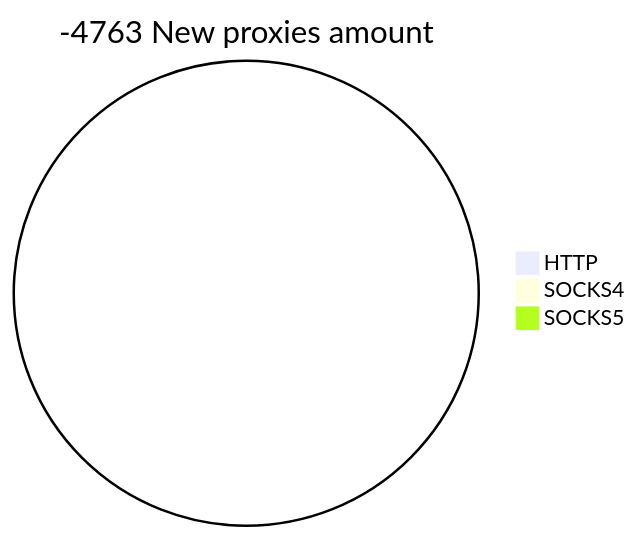
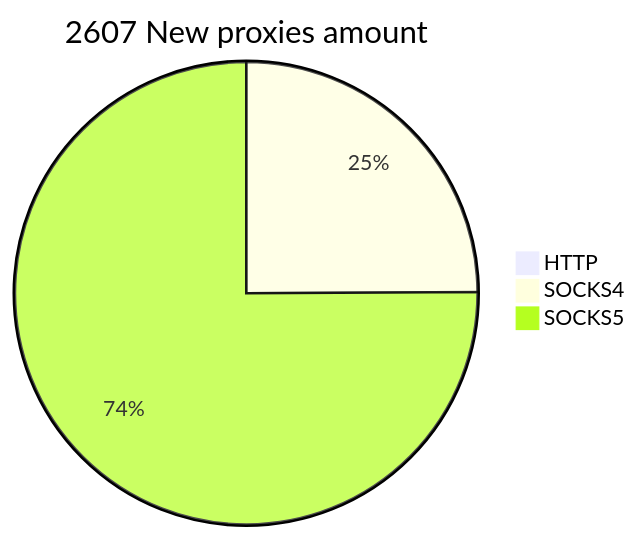
The second of 2 diagrams in README.md (cutipu/proxylist), drawn with Mermaid before and after one commit. The commit also changed other lines of this file, not shown here.

````diff
--- a/README.md
+++ b/README.md
@@ -10,6 +10,6 @@
 ```mermaid
-pie title -4763 New proxies amount
-    "HTTP" : 0
-    "SOCKS4" : 0
-    "SOCKS5" : 0
+pie title 2607 New proxies amount
+    "HTTP" : 23
+    "SOCKS4" : 644
+    "SOCKS5" : 1940
 ```
````
